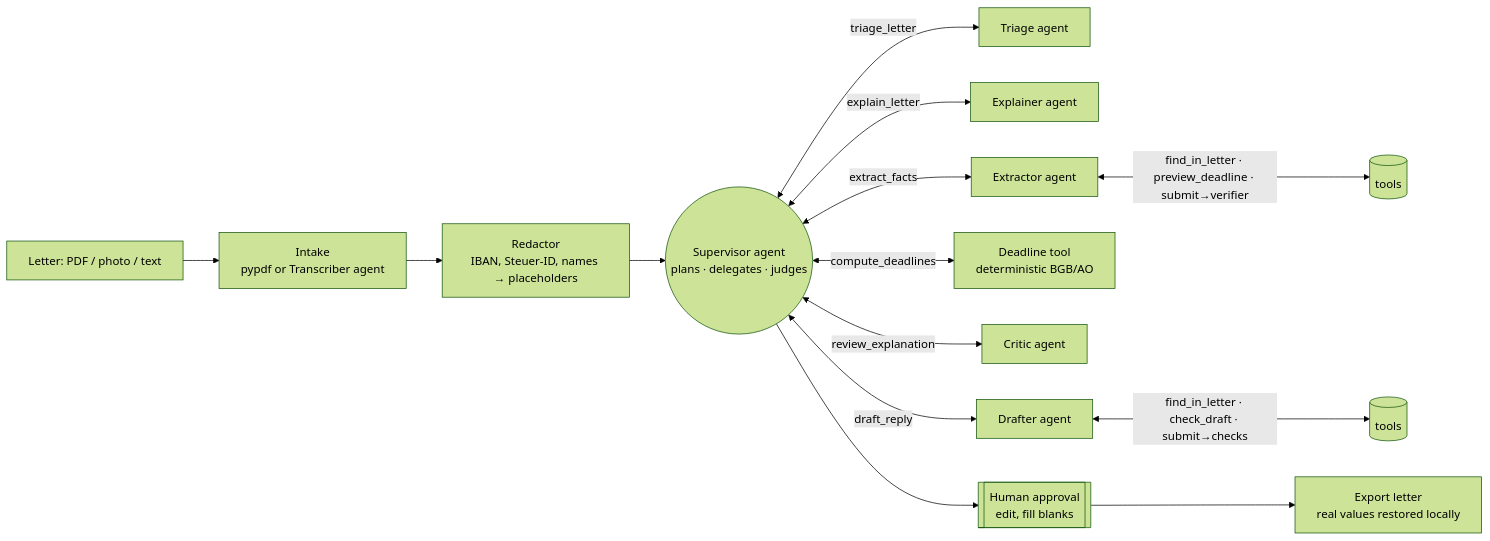
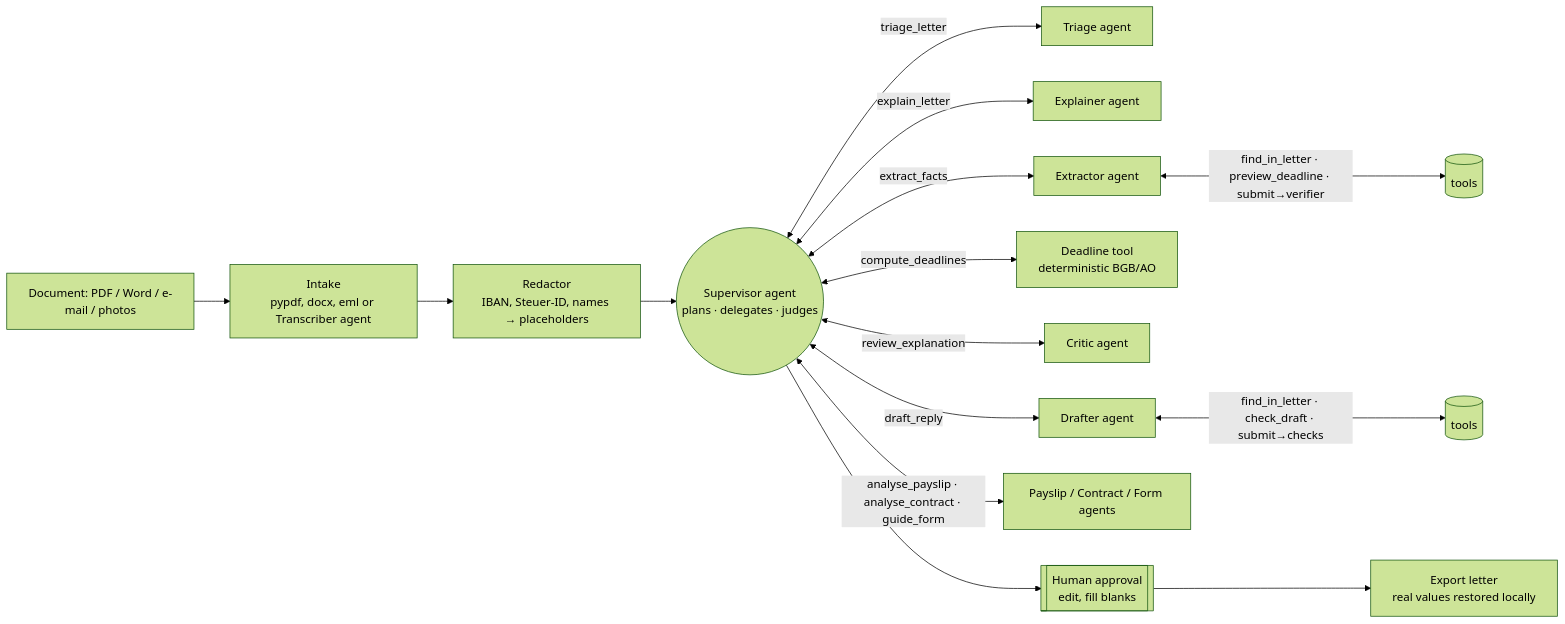
The diagram in README.md (arjityadav/briefkasten), drawn with Mermaid (forest theme) before and after one commit. The commit also changed other lines of this file and 38 other files, not shown here.

Commit message:
More file formats, served documents and contract notice periods, payslip/contract/form specialists

````diff
--- a/README.md
+++ b/README.md
@@ -35,16 +50,17 @@
 ```mermaid
 flowchart LR
-    U[Letter: PDF / photo / text] --> I[Intake<br/>pypdf or Transcriber agent]
+    U[Document: PDF / Word / e-mail / photos] --> I[Intake<br/>pypdf, docx, eml or Transcriber agent]
     I --> R[Redactor<br/>IBAN, Steuer-ID, names → placeholders]
     R --> S((Supervisor agent<br/>plans · delegates · judges))
     S <-->|triage_letter| T[Triage agent]
     S <-->|explain_letter| E[Explainer agent]
     S <-->|extract_facts| X[Extractor agent]
     S <-->|compute_deadlines| D[Deadline tool<br/>deterministic BGB/AO]
     S <-->|review_explanation| C[Critic agent]
     S <-->|draft_reply| W[Drafter agent]
+    S <-->|analyse_payslip · analyse_contract · guide_form| A[Payslip / Contract / Form agents]
     X <-->|find_in_letter · preview_deadline · submit→verifier| XT[(tools)]
     W <-->|find_in_letter · check_draft · submit→checks| WT[(tools)]
     S --> H[[Human approval<br/>edit, fill blanks]]
     H --> O[Export letter<br/>real values restored locally]
 ```
````
